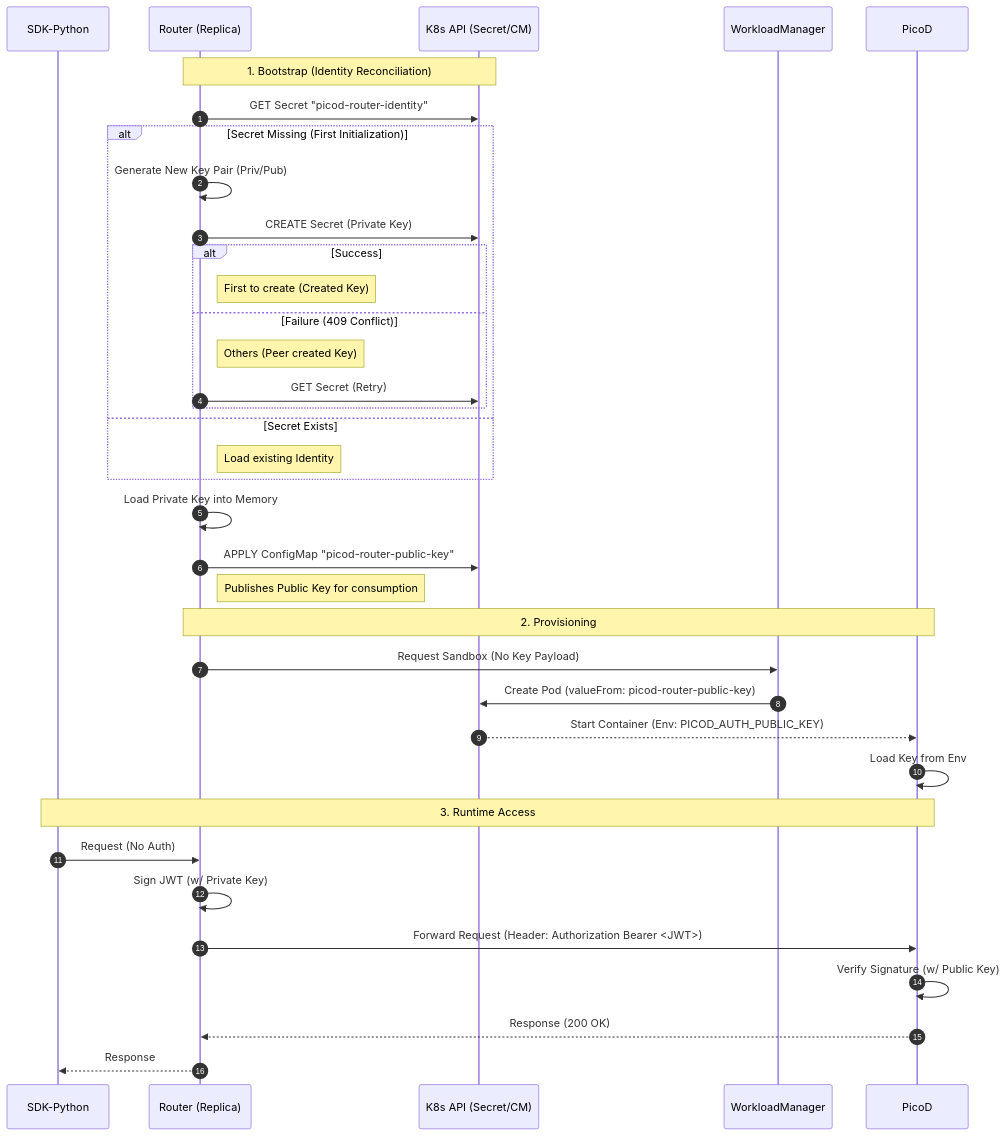
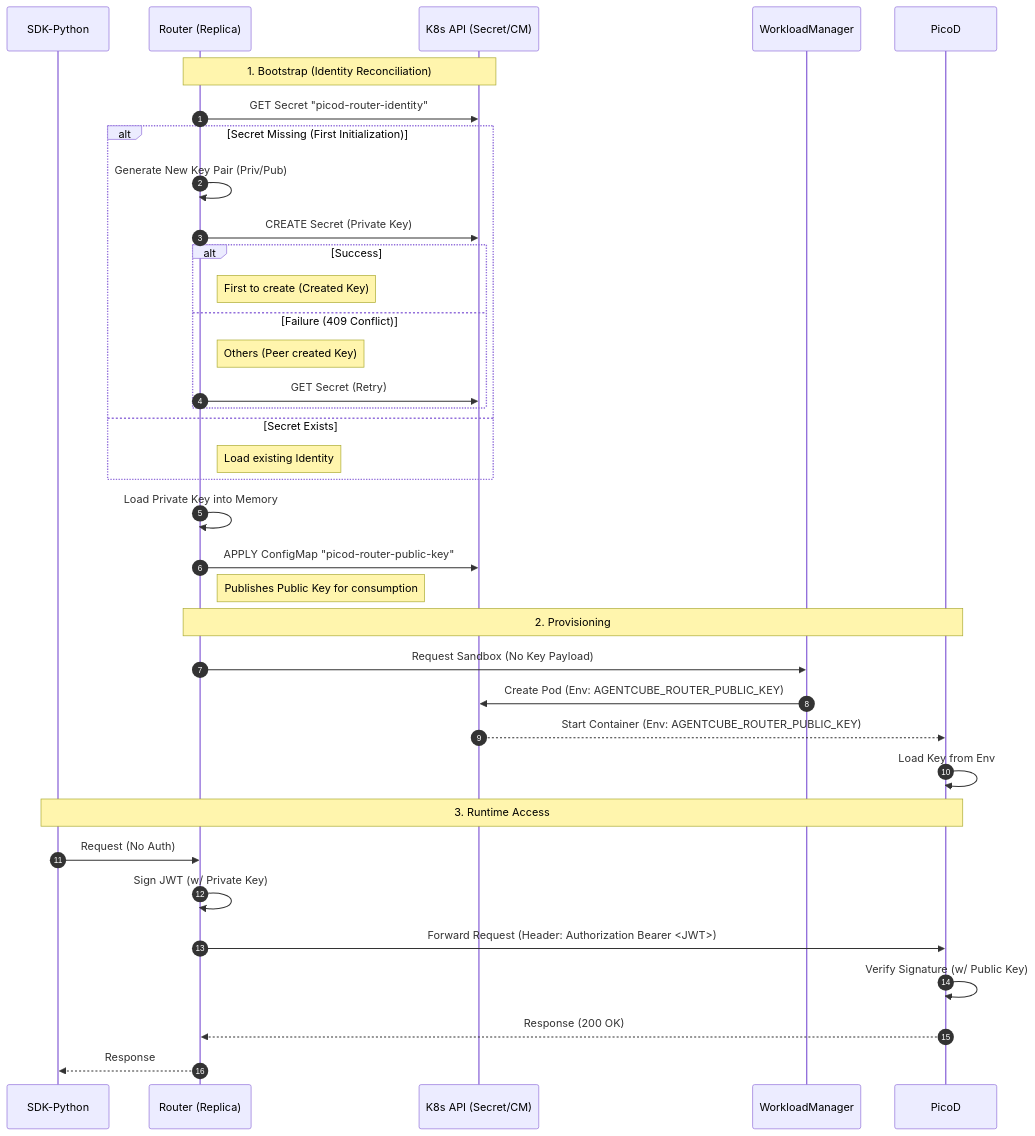
One commit to volcano-sh/agentcube changed the diagram in docs/design/PicoD-Plain-Authentication-Design.md. Above: the diagram before and after it, drawn with Mermaid. The commit also changed other lines of this file and 1 other file, not shown here.

Commit message:
picod/docs: align router public key env var to AGENTCUBE_ROUTER_PUBLIC_KEY

````diff
--- a/docs/design/PicoD-Plain-Authentication-Design.md
+++ b/docs/design/PicoD-Plain-Authentication-Design.md
@@ -82,44 +82,44 @@
 ```mermaid
 sequenceDiagram
     autonumber
     participant SDK as SDK-Python
     participant Router as Router (Replica)
     participant K8s as K8s API (Secret/CM)
     participant WM as WorkloadManager
     participant PicoD as PicoD
 
     Note over Router, K8s: 1. Bootstrap (Identity Reconciliation)
     Router->>K8s: GET Secret "picod-router-identity"
     
     alt Secret Missing (First Initialization)
         Router->>Router: Generate New Key Pair (Priv/Pub)
         Router->>K8s: CREATE Secret (Private Key)
         
         alt Success
             Note right of Router: First to create (Created Key)
         else Failure (409 Conflict)
             Note right of Router: Others (Peer created Key)
             Router->>K8s: GET Secret (Retry)
         end
     else Secret Exists
         Note right of Router: Load existing Identity
     end
 
     Router->>Router: Load Private Key into Memory
     Router->>K8s: APPLY ConfigMap "picod-router-public-key"
     Note right of Router: Publishes Public Key for consumption
 
     Note over Router, PicoD: 2. Provisioning
     Router->>WM: Request Sandbox (No Key Payload)
-    WM->>K8s: Create Pod (valueFrom: picod-router-public-key)
-    K8s-->>PicoD: Start Container (Env: PICOD_AUTH_PUBLIC_KEY)
+    WM->>K8s: Create Pod (Env: AGENTCUBE_ROUTER_PUBLIC_KEY)
+    K8s-->>PicoD: Start Container (Env: AGENTCUBE_ROUTER_PUBLIC_KEY)
     PicoD->>PicoD: Load Key from Env
 
     Note over SDK, PicoD: 3. Runtime Access
     SDK->>Router: Request (No Auth)
     Router->>Router: Sign JWT (w/ Private Key)
     Router->>PicoD: Forward Request (Header: Authorization Bearer <JWT>)
     PicoD->>PicoD: Verify Signature (w/ Public Key)
     PicoD-->>Router: Response (200 OK)
     Router-->>SDK: Response
 ```
````
